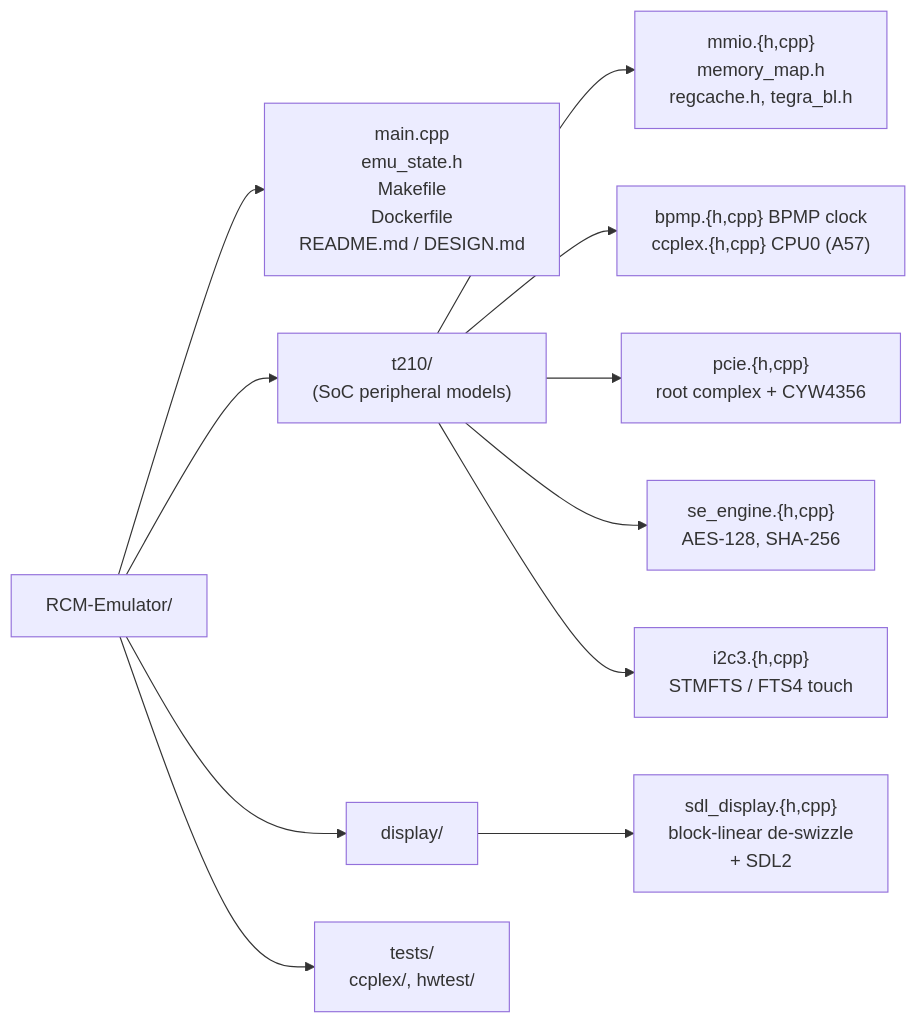
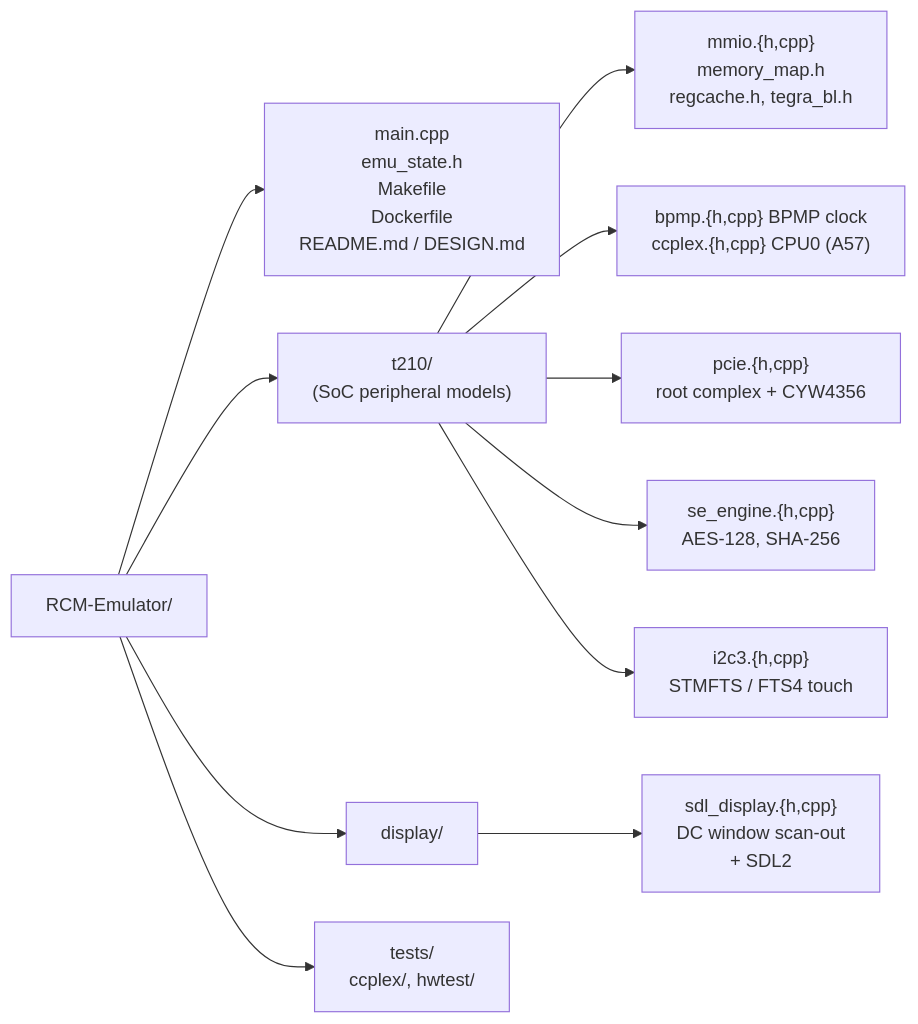
One commit to Creased/RCM-Emulator changed the diagram in README.md. Above: the diagram before and after it, drawn with Mermaid. The commit also changed 5 other files, not shown here.

````diff
--- a/README.md
+++ b/README.md
@@ -285,16 +285,16 @@
 ```mermaid
 flowchart LR
     root["RCM-Emulator/"]
     root --> top["main.cpp<br/>emu_state.h<br/>Makefile<br/>Dockerfile<br/>README.md / DESIGN.md"]
     root --> t210["t210/<br/>(SoC peripheral models)"]
     root --> display["display/"]
     root --> tests["tests/<br/>ccplex/, hwtest/"]
 
     t210 --> mmio["mmio.{h,cpp}<br/>memory_map.h<br/>regcache.h, tegra_bl.h"]
     t210 --> cpus["bpmp.{h,cpp} BPMP clock<br/>ccplex.{h,cpp} CPU0 (A57)"]
     t210 --> pcie["pcie.{h,cpp}<br/>root complex + CYW4356"]
     t210 --> se["se_engine.{h,cpp}<br/>AES-128, SHA-256"]
     t210 --> i2c["i2c3.{h,cpp}<br/>STMFTS / FTS4 touch"]
 
-    display --> sdl["sdl_display.{h,cpp}<br/>block-linear de-swizzle<br/>+ SDL2"]
+    display --> sdl["sdl_display.{h,cpp}<br/>DC window scan-out<br/>+ SDL2"]
 ```
````
